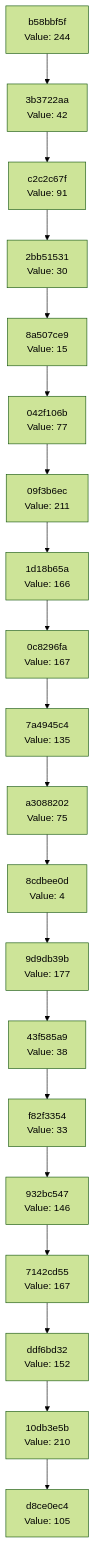
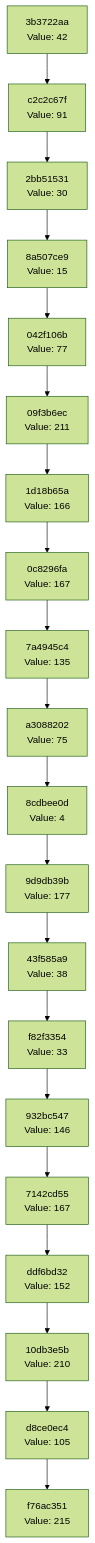
The diagram in docs/CHAIN_VISUALIZATION.md (Abhisheksinha1506/hash-chain-evolver), drawn with Mermaid (forest theme) before and after one commit. The commit also changed 2 other files, not shown here.

Commit message:
Evolution Step

````diff
--- a/docs/CHAIN_VISUALIZATION.md
+++ b/docs/CHAIN_VISUALIZATION.md
@@ -3,42 +3,42 @@
 ```mermaid
 graph TD
-    C0["d8ce0ec4<br/>Value: 105"]
-    C1["10db3e5b<br/>Value: 210"]
+    C0["f76ac351<br/>Value: 215"]
+    C1["d8ce0ec4<br/>Value: 105"]
     C1 --> C0
-    C2["ddf6bd32<br/>Value: 152"]
+    C2["10db3e5b<br/>Value: 210"]
     C2 --> C1
-    C3["7142cd55<br/>Value: 167"]
+    C3["ddf6bd32<br/>Value: 152"]
     C3 --> C2
-    C4["932bc547<br/>Value: 146"]
+    C4["7142cd55<br/>Value: 167"]
     C4 --> C3
-    C5["f82f3354<br/>Value: 33"]
+    C5["932bc547<br/>Value: 146"]
     C5 --> C4
-    C6["43f585a9<br/>Value: 38"]
+    C6["f82f3354<br/>Value: 33"]
     C6 --> C5
-    C7["9d9db39b<br/>Value: 177"]
+    C7["43f585a9<br/>Value: 38"]
     C7 --> C6
-    C8["8cdbee0d<br/>Value: 4"]
+    C8["9d9db39b<br/>Value: 177"]
     C8 --> C7
-    C9["a3088202<br/>Value: 75"]
+    C9["8cdbee0d<br/>Value: 4"]
     C9 --> C8
-    C10["7a4945c4<br/>Value: 135"]
+    C10["a3088202<br/>Value: 75"]
     C10 --> C9
-    C11["0c8296fa<br/>Value: 167"]
+    C11["7a4945c4<br/>Value: 135"]
     C11 --> C10
-    C12["1d18b65a<br/>Value: 166"]
+    C12["0c8296fa<br/>Value: 167"]
     C12 --> C11
-    C13["09f3b6ec<br/>Value: 211"]
+    C13["1d18b65a<br/>Value: 166"]
     C13 --> C12
-    C14["042f106b<br/>Value: 77"]
+    C14["09f3b6ec<br/>Value: 211"]
     C14 --> C13
-    C15["8a507ce9<br/>Value: 15"]
+    C15["042f106b<br/>Value: 77"]
     C15 --> C14
-    C16["2bb51531<br/>Value: 30"]
+    C16["8a507ce9<br/>Value: 15"]
     C16 --> C15
-    C17["c2c2c67f<br/>Value: 91"]
+    C17["2bb51531<br/>Value: 30"]
     C17 --> C16
-    C18["3b3722aa<br/>Value: 42"]
+    C18["c2c2c67f<br/>Value: 91"]
     C18 --> C17
-    C19["b58bbf5f<br/>Value: 244"]
+    C19["3b3722aa<br/>Value: 42"]
     C19 --> C18
 ```
````
